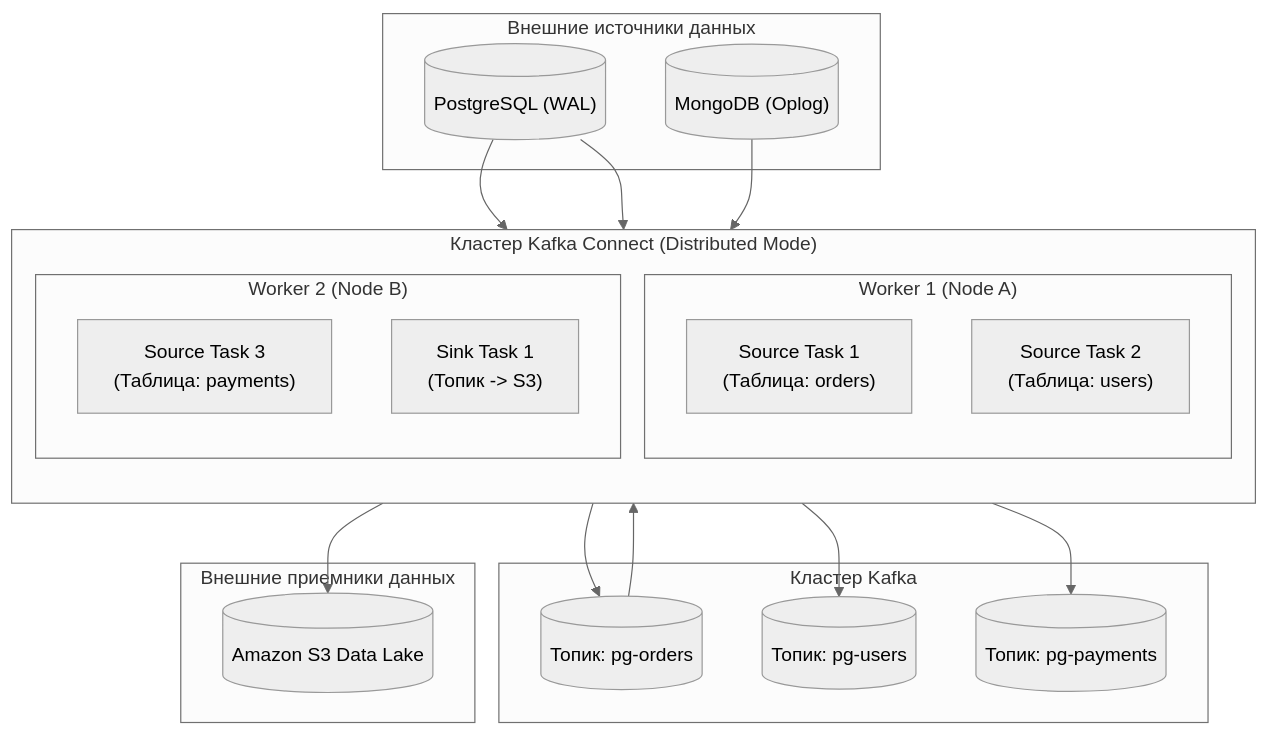
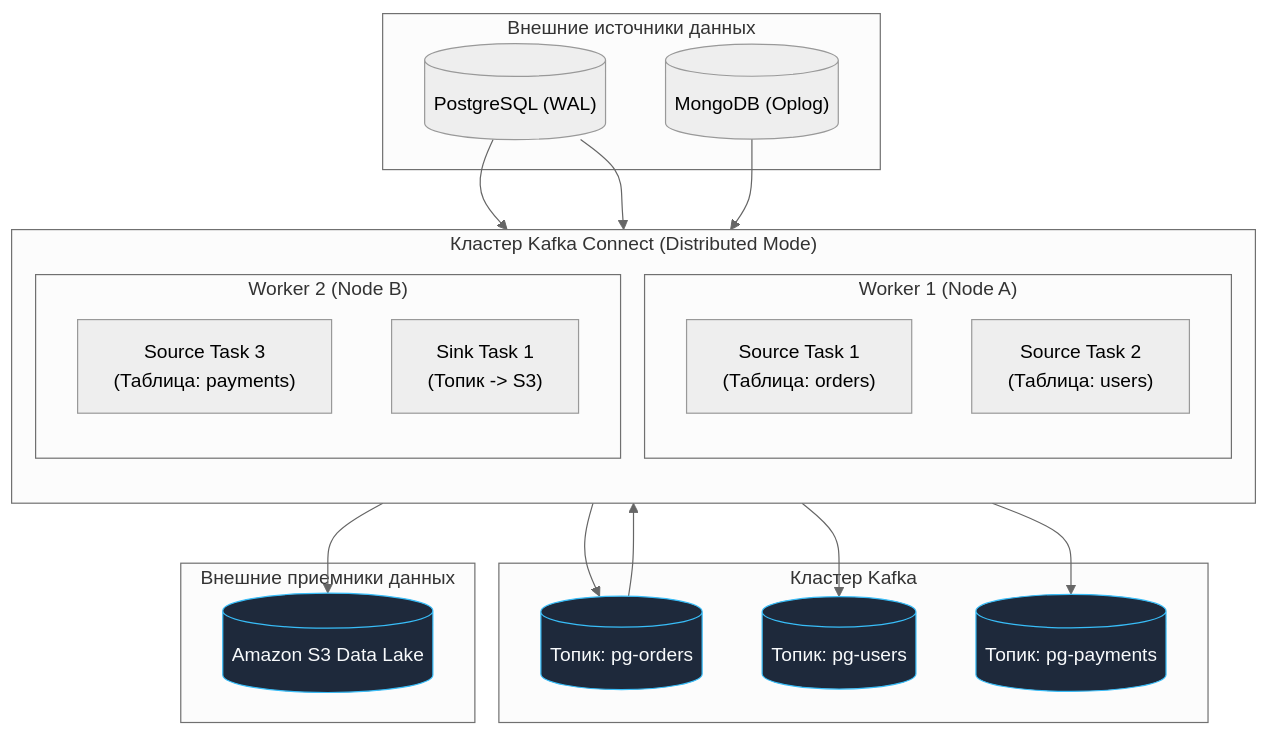
One commit to UnrealTemplier/go-textbook changed the first of 3 diagrams in sources/13. Очереди, брокеры сообщений и оркестраторы/03. Kafka/10. Kafka Connect.md. Above: the diagram before and after it, drawn with Mermaid (neutral theme). The commit also changed other lines of this file and 1666 other files, not shown here.

First line of the commit message:
feat(mermaid): add semantic color classDef to 1369 colorless flowchart/graph diagrams

````diff
--- a/sources/13. Очереди, брокеры сообщений и оркестраторы/03. Kafka/10. Kafka Connect.md
+++ b/sources/13. Очереди, брокеры сообщений и оркестраторы/03. Kafka/10. Kafka Connect.md
@@ -38,37 +38,47 @@
 ```mermaid
 flowchart TD
+    classDef process  fill:#1e293b,stroke:#38bdf8,stroke-width:1px,color:#f8fafc
+    classDef success  fill:#064e3b,stroke:#34d399,stroke-width:1px,color:#f8fafc
+    classDef error    fill:#7f1d1d,stroke:#f87171,stroke-width:1px,color:#f8fafc
+    classDef warning  fill:#78350f,stroke:#fbbf24,stroke-width:1px,color:#f8fafc
+    classDef entry    fill:#1e3a5f,stroke:#38bdf8,stroke-width:2px,color:#f8fafc
+    classDef aux      fill:#334155,stroke:#64748b,stroke-width:1px,color:#f8fafc
+    classDef system   fill:#312e81,stroke:#a78bfa,stroke-width:1px,color:#f8fafc
+    classDef data     fill:#132d29,stroke:#2dd4bf,stroke-width:1px,color:#f8fafc
+    classDef network  fill:#881337,stroke:#fb7185,stroke-width:1px,color:#f8fafc
+    classDef accent   fill:#1e1b4b,stroke:#818cf8,stroke-width:1px,color:#f8fafc
     subgraph ExternalSources["Внешние источники данных"]
         ES1[("PostgreSQL (WAL)")]
         ES2[("MongoDB (Oplog)")]
     end
 
     subgraph ConnectCluster["Кластер Kafka Connect (Distributed Mode)"]
         direction TB
         subgraph W1["Worker 1 (Node A)"]
             T1["Source Task 1<br>(Таблица: orders)"]
             T2["Source Task 2<br>(Таблица: users)"]
         end
         subgraph W2["Worker 2 (Node B)"]
             T3["Source Task 3<br>(Таблица: payments)"]
             ST1["Sink Task 1<br>(Топик -> S3)"]
         end
     end
 
     subgraph KafkaCluster["Кластер Kafka"]
-        K1[("Топик: pg-orders")]
-        K2[("Топик: pg-users")]
-        K3[("Топик: pg-payments")]
+        K1[("Топик: pg-orders")]:::process
+        K2[("Топик: pg-users")]:::process
+        K3[("Топик: pg-payments")]:::process
     end
 
     subgraph ExternalSinks["Внешние приемники данных"]
-        S3[("Amazon S3 Data Lake")]
+        S3[("Amazon S3 Data Lake")]:::process
     end
 
     ES1 --> T1 & T2
     ES2 --> T3
     T1 --> K1
     T2 --> K2
     T3 --> K3
     K1 --> ST1
     ST1 --> S3
 ```
````
